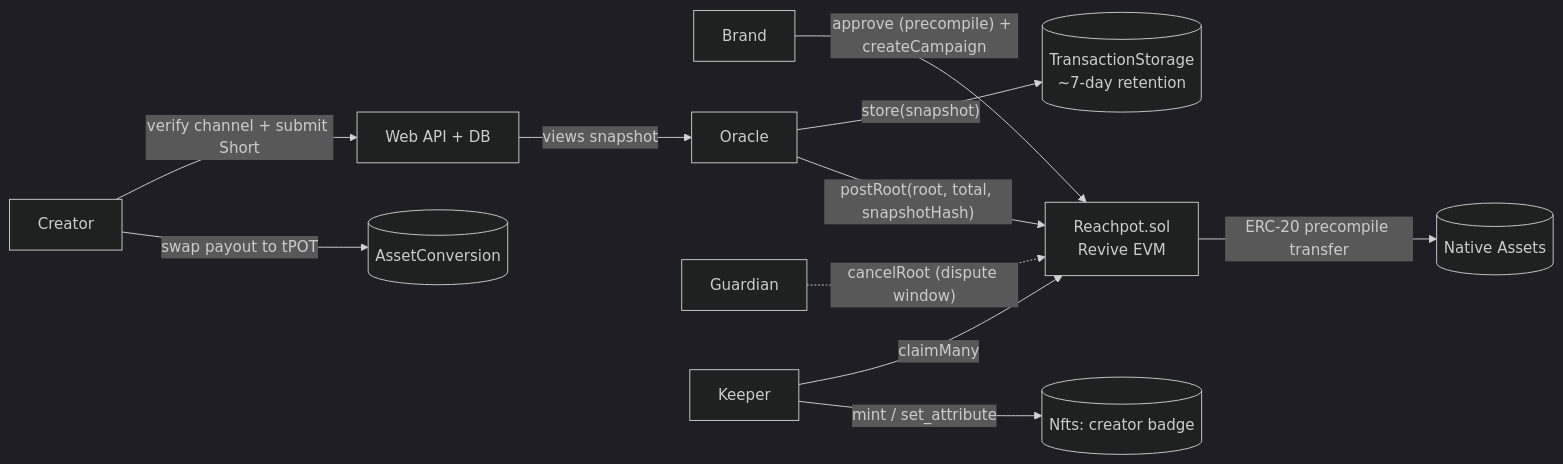
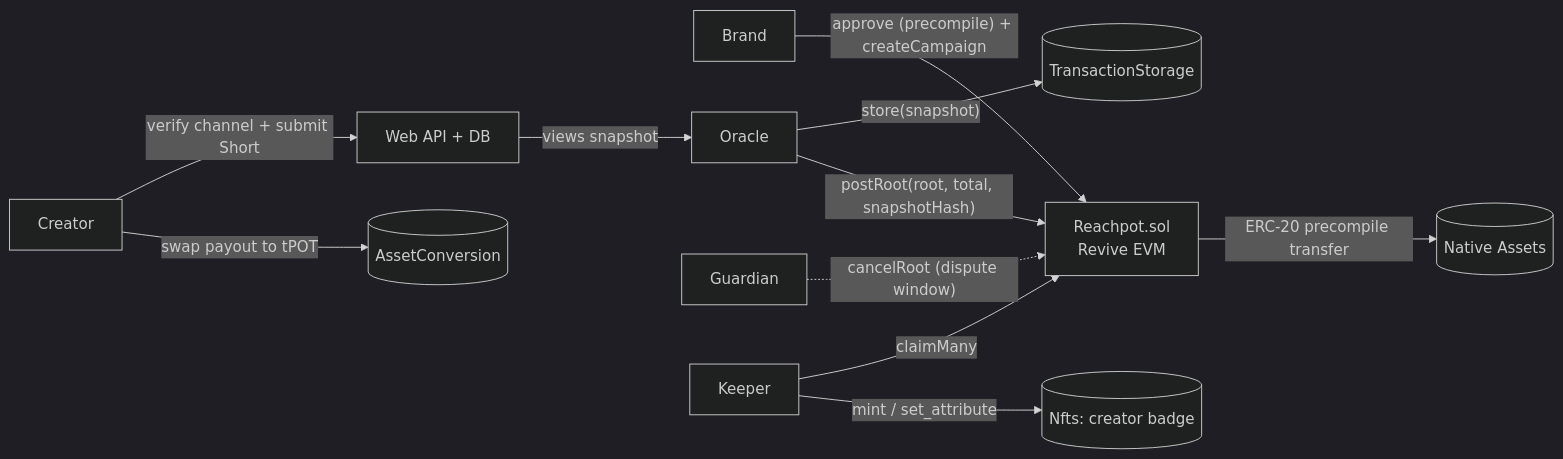
Before and after one commit to lazydevpro/reachpot: the diagram in docs/plans/plan.md, drawn with Mermaid (dark theme). The commit also changed 2 other files, not shown here.

Commit message:
Docs: correct snapshot retention claim
TransactionStorage retention is node-dependent (archive nodes may keep block bodies), so
don't claim it guarantees YouTube data-policy compliance; record it as a risk instead.

````diff
--- a/docs/plans/plan.md
+++ b/docs/plans/plan.md
@@ -7,13 +7,13 @@
 ```mermaid
 flowchart LR
   Brand -- "approve (precompile) + createCampaign" --> RP[Reachpot.sol<br/>Revive EVM]
   Creator -- "verify channel + submit Short" --> API[Web API + DB]
   API -- "views snapshot" --> Oracle
-  Oracle -- "store(snapshot)" --> TS[(TransactionStorage<br/>~7-day retention)]
+  Oracle -- "store(snapshot)" --> TS[(TransactionStorage)]
   Oracle -- "postRoot(root, total, snapshotHash)" --> RP
   Guardian -. "cancelRoot (dispute window)" .-> RP
   Keeper -- "claimMany" --> RP
   RP -- "ERC-20 precompile transfer" --> Assets[(Native Assets)]
   Keeper -- "mint / set_attribute" --> NFT[(Nfts: creator badge)]
   Creator -- "swap payout to tPOT" --> DEX[(AssetConversion)]
 ```
````
